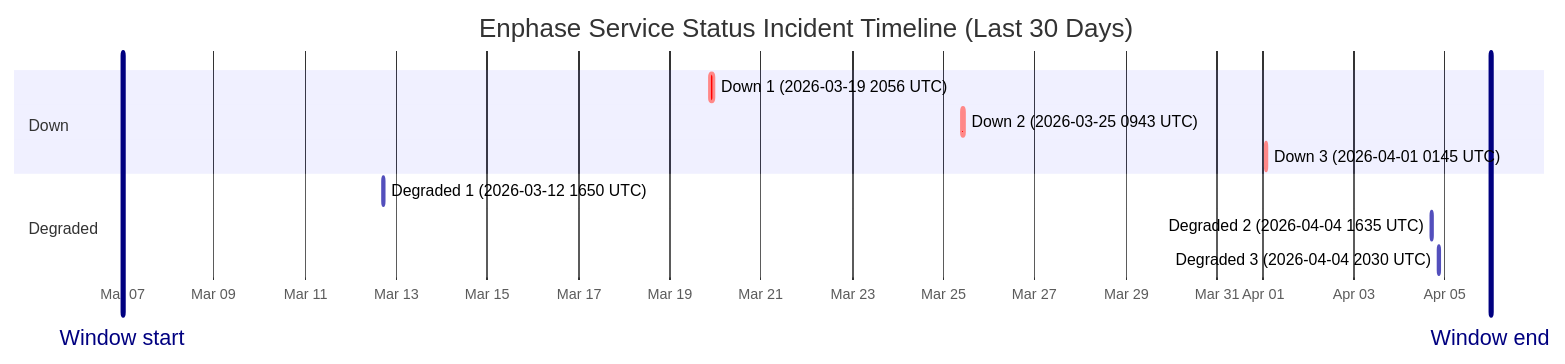
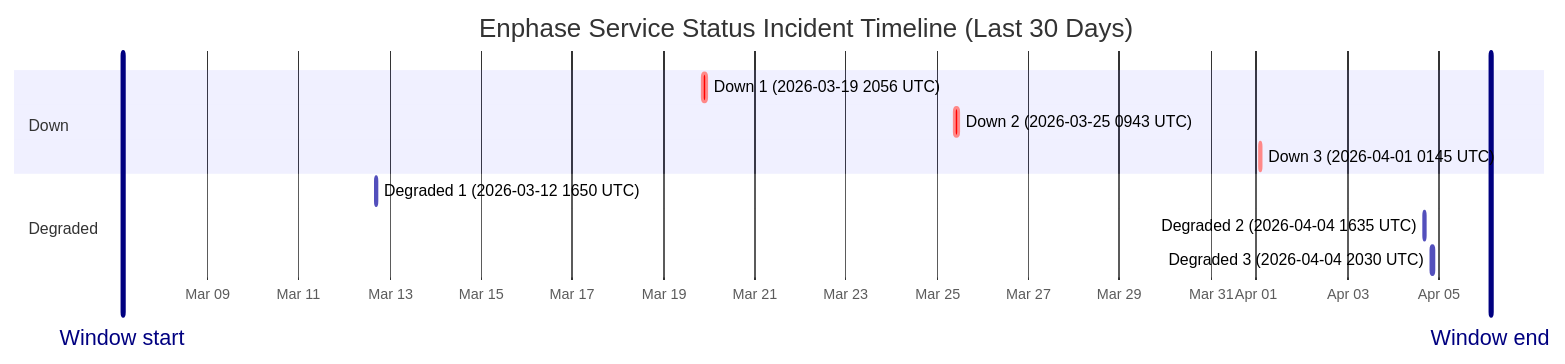
One commit to barneyonline/ha-enphase-ev-charger changed the diagram in wiki/Service-Status-History.md. Above: the diagram before and after it, drawn with Mermaid. The commit also changed other lines of this file and 3 other files, not shown here.

````diff
--- a/wiki/Service-Status-History.md
+++ b/wiki/Service-Status-History.md
@@ -14,16 +14,16 @@
 ```mermaid
 gantt
     title Enphase Service Status Incident Timeline (Last 30 Days)
     dateFormat  YYYY-MM-DDTHH:mm:ss
     axisFormat  %b %d
-    Window start :vert, window-start, 2026-03-06T23:57:35, 0ms
-    Window end :vert, window-end, 2026-04-05T23:57:35, 0ms
+    Window start :vert, window-start, 2026-03-07T03:20:13, 0ms
+    Window end :vert, window-end, 2026-04-06T03:20:13, 0ms
     section Down
     Down 1 (2026-03-19 2056 UTC) :crit, down-1, 2026-03-19T20:56:20, 145m
     Down 2 (2026-03-25 0943 UTC) :crit, down-2, 2026-03-25T09:43:28, 111m
     Down 3 (2026-04-01 0145 UTC) :crit, down-3, 2026-04-01T01:45:09, 60m
     section Degraded
     Degraded 1 (2026-03-12 1650 UTC) :active, degraded-1, 2026-03-12T16:50:43, 60m
     Degraded 2 (2026-04-04 1635 UTC) :active, degraded-2, 2026-04-04T16:35:17, 60m
     Degraded 3 (2026-04-04 2030 UTC) :active, degraded-3, 2026-04-04T20:30:40, 60m
 ```
````
